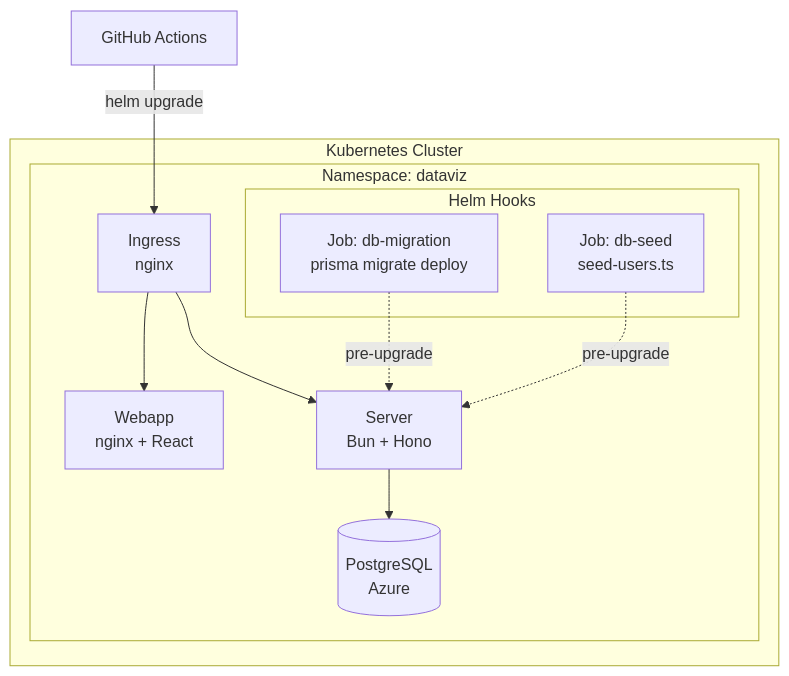
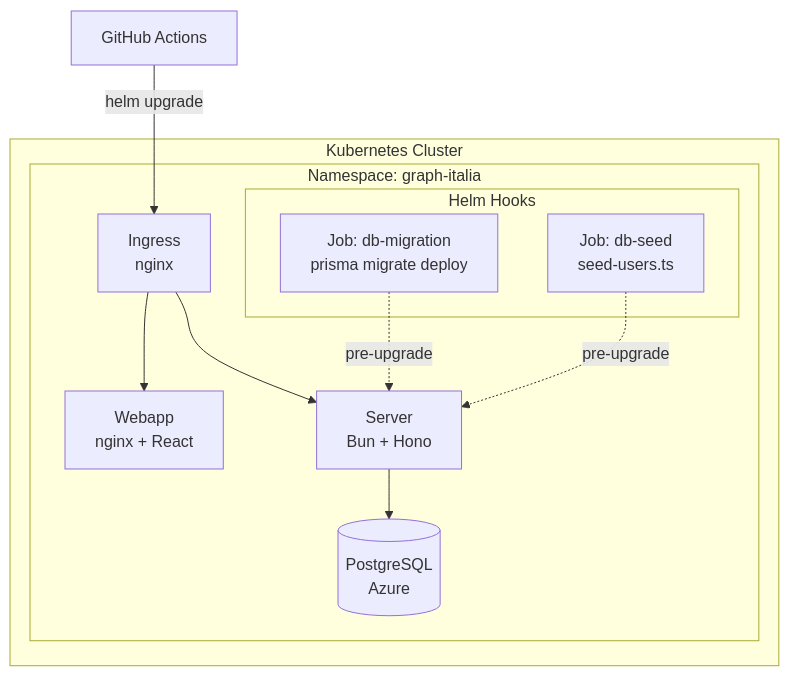
The sixth of 15 diagrams in README.md (italia/graph-italia), drawn with Mermaid before and after one commit. The commit also changed other lines of this file and 99 other files, not shown here.

First line of the commit message:
refactor: rebrand dataviz → graph-italia (graph.italia.it)

````diff
--- a/README.md
+++ b/README.md
@@ -555,20 +555,20 @@
 ```mermaid
 graph TB
     subgraph "Kubernetes Cluster"
-        subgraph "Namespace: dataviz"
+        subgraph "Namespace: graph-italia"
             Ingress[Ingress<br/>nginx] --> Webapp[Webapp<br/>nginx + React]
             Ingress --> Server[Server<br/>Bun + Hono]
             Server --> DB[(PostgreSQL<br/>Azure)]
 
             subgraph "Helm Hooks"
                 Migration[Job: db-migration<br/>prisma migrate deploy]
                 Seed[Job: db-seed<br/>seed-users.ts]
             end
 
             Migration -.->|pre-upgrade| Server
             Seed -.->|pre-upgrade| Server
         end
     end
 
     CI[GitHub Actions] -->|helm upgrade| Ingress
 ```
````
